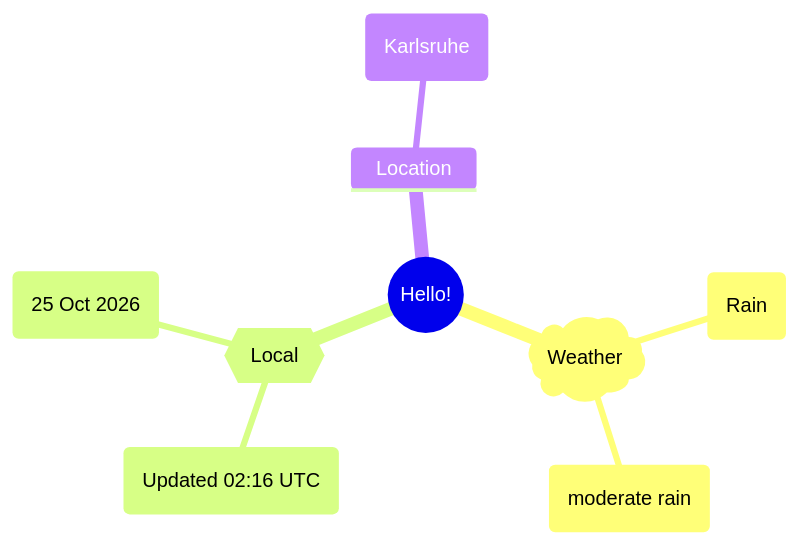
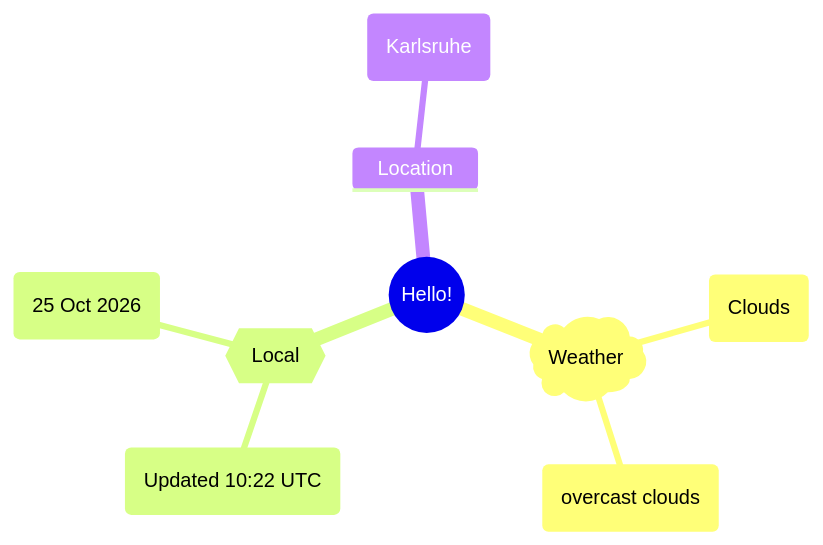
The first of 2 diagrams in README.md (Xosrov/Xosrov), drawn with Mermaid before and after one commit.

Commit message:
[bot] updated images

````diff
--- a/README.md
+++ b/README.md
@@ -3,12 +3,12 @@
 ```mermaid
 mindmap
   root((Hello!))
     )Weather(
-        (Rain)
-        (moderate rain)
+        (Clouds)
+        (overcast clouds)
     {{Local}}
-        (Updated 02:16 UTC)
+        (Updated 10:22 UTC)
         (25 Oct 2026)
     Location
         (Karlsruhe)
 ```
````
